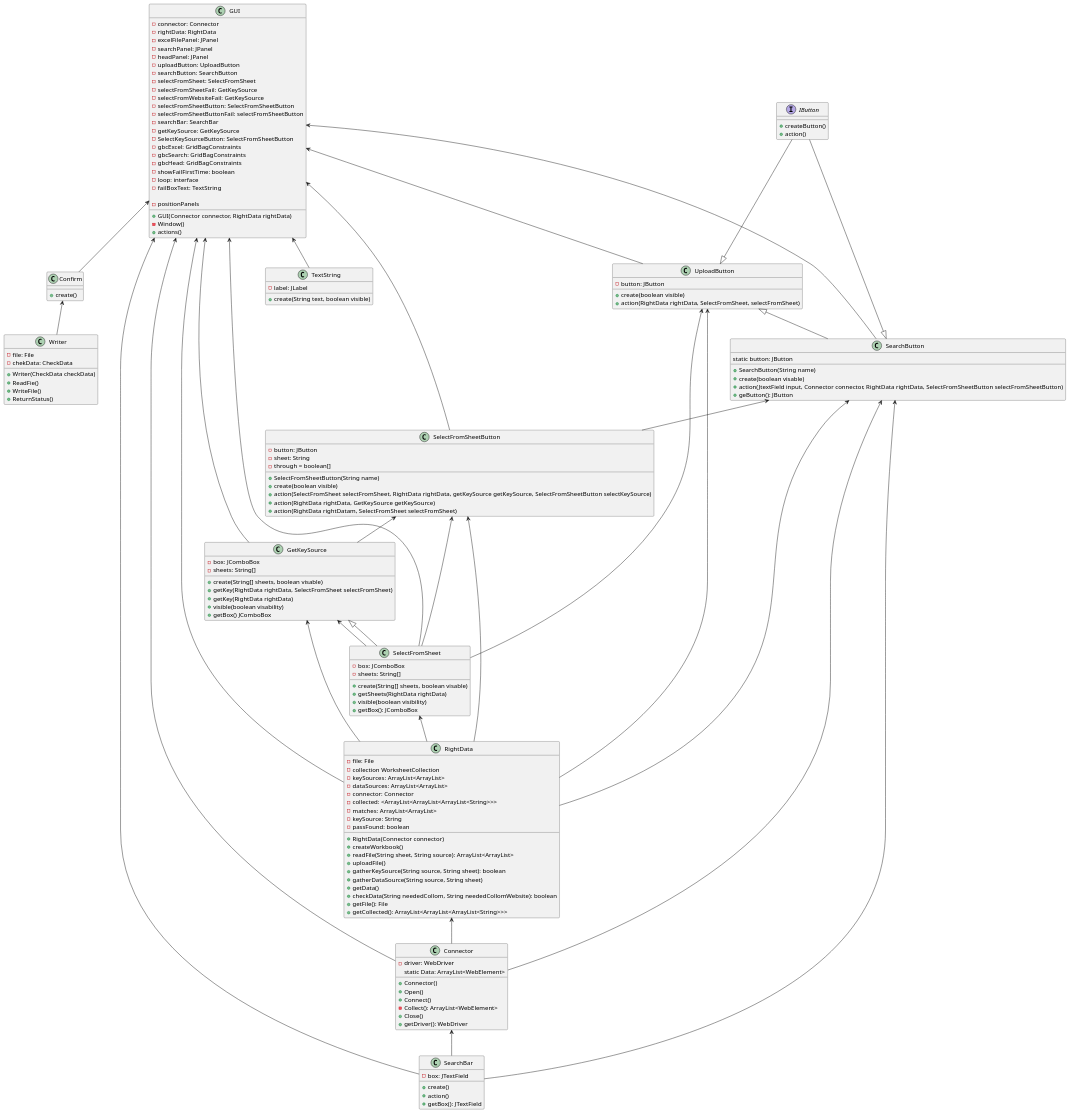
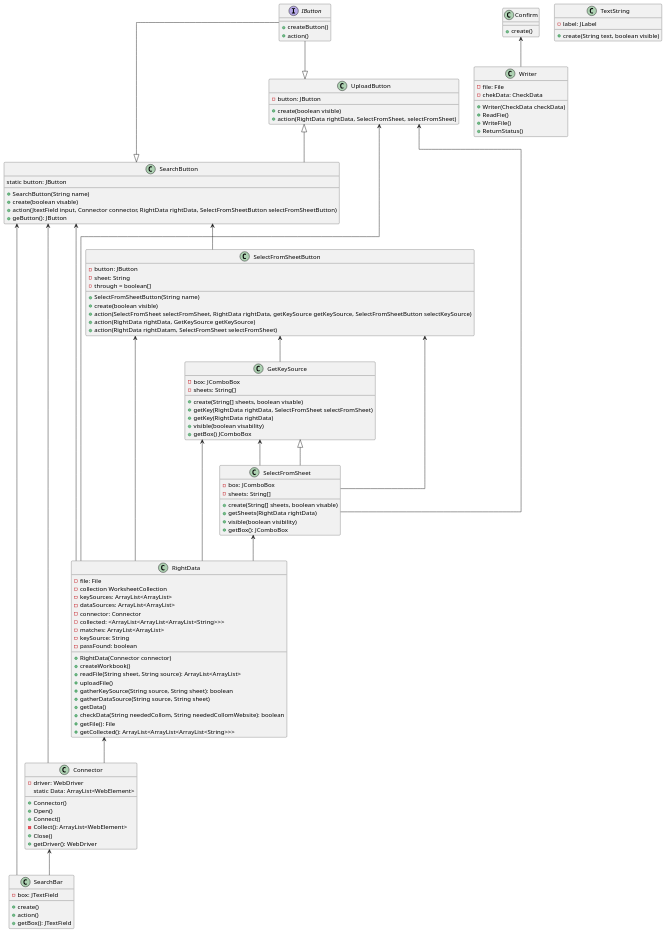
One commit to Jarnovis/De_Staten_Scanner_-Excel_Versie- changed the diagram in UML- en tetxtfiles/UML 2.0.puml. Above: the diagram before and after it, drawn with PlantUML. The commit also changed 14 other files, not shown here.

```diff
--- a/UML- en tetxtfiles/UML 2.0.puml
+++ b/UML- en tetxtfiles/UML 2.0.puml
@@ -1,197 +1,156 @@
 @startuml
 'https://plantuml.com/sequence-diagram
+skinparam linetype ortho
 
 class Connector{
     - driver: WebDriver
     static Data: ArrayList<WebElement>
 
     + Connector()
     + Open()
     + Connect()
     - Collect(): ArrayList<WebElement>
     + Close()
     + getDriver(): WebDriver
 }
 
 class GetKeySource{
     - box: JComboBox
     - sheets: String[]
 
     + create(String[] sheets, boolean visable)
     + getKey(RightData rightData, SelectFromSheet selectFromSheet)
     + getKey(RightData rightData)
     + visible(boolean visability)
     + getBox() JComboBox
 
 }
 
 class Confirm{
     + create()
 }
 
 class Writer{
     - file: File
     - chekData: CheckData
 
     + Writer(CheckData checkData)
     + ReadFie()
     + WriteFile()
     + ReturnStatus()
 }
 
 class RightData{
     - file: File
     - collection WorksheetCollection
     - keySources: ArrayList<ArrayList>
     - dataSources: ArrayList<ArrayList>
     - connector: Connector
     - collected: <ArrayList<ArrayList<ArrayList<String>>>
     - matches: ArrayList<ArrayList>
     - keySource: String
     - passFound: boolean
 
     + RightData(Connector connector)
     + createWorkbook()
     + readFile(String sheet, String source): ArrayList<ArrayList>
     + uploadFile()
     + gatherKeySource(String source, String sheet): boolean
     + gatherDataSource(String source, String sheet)
     + getData()
     + checkData(String neededCollom, String neededCollomWebsite): boolean
     + getFile(): File
     + getCollected(): ArrayList<ArrayList<ArrayList<String>>>
  }
 
-class GUI{
-    - connector: Connector
-    - rightData: RightData
-    - excelFilePanel: JPanel
-    - searchPanel: JPanel
-    - headPanel: JPanel
-    - uploadButton: UploadButton
-    - searchButton: SearchButton
-    - selectFromSheet: SelectFromSheet
-    - selectFromSheetFail: GetKeySource
-    - selectFromWebsiteFail: GetKeySource
-    - selectFromSheetButton: SelectFromSheetButton
-    - selectFromSheetButtonFail: selectFromSheetButton
-    - searchBar: SearchBar
-    - getKeySource: GetKeySource
-    - SelectKeySourceButton: SelectFromSheetButton
-    - gbcExcel: GridBagConstraints
-    - gbcSearch: GridBagConstraints
-    - gbcHead: GridBagConstraints
-    - showFailFirstTime: boolean
-    - loop: interface
-    - failBoxText: TextString
-
-    + GUI(Connector connector, RightData rightData)
-    - Window()
-    - positionPanels
-    + actions()
-
-}
-
 class SearchBar{
     - box: JTextField
     + create()
     + action()
     + getBox(): JTextField
 
 }
 
 class SearchButton{
     static button: JButton
     + SearchButton(String name)
     + create(boolean visable)
     + action(JtextField input, Connector connector, RightData rightData, SelectFromSheetButton selectFromSheetButton)
     + geButton(): JButton
 }
 
 class SelectFromSheet{
     - box: JComboBox
     - sheets: String[]
 
     + create(String[] sheets, boolean visable)
     + getSheets(RightData rightData)
     + visible(boolean visibility)
     + getBox(): JComboBox
 }
 
 class SelectFromSheetButton{
     - button: JButton
     - sheet: String
     - through = boolean[]
 
     + SelectFromSheetButton(String name)
     + create(boolean visible)
     + action(SelectFromSheet selectFromSheet, RightData rightData, getKeySource getKeySource, SelectFromSheetButton selectKeySource)
     + action(RightData rightData, GetKeySource getKeySource)
     + action(RightData rightDatam, SelectFromSheet selectFromSheet)
 }
 
 class TextString{
     - label: JLabel
 
     + create(String text, boolean visible)
 }
 
 class UploadButton{
     - button: JButton
 
     + create(boolean visible)
     + action(RightData rightData, SelectFromSheet, selectFromSheet)
 }
 
 interface IButton{
     + createButton()
     + action()
 }
 
 Connector <-- SearchBar
 
 GetKeySource <-- RightData
 GetKeySource <-- SelectFromSheet
 
-GUI <-- Connector
-GUI <-- RightData
-GUI <-- UploadButton
-GUI <-- SearchButton
-GUI <-- SelectFromSheet
-GUI <-- GetKeySource
-GUI <-- SelectFromSheetButton
-GUI <-- SearchBar
-GUI <-- TextString
-GUI <-- Confirm
-
 RightData <-- Connector
 
 SearchButton <-- SearchBar
 SearchButton <-- Connector
 SearchButton <-- RightData
 SearchButton <-- SelectFromSheetButton
 
 SelectFromSheet <-- RightData
 
 SelectFromSheetButton <-- SelectFromSheet
 SelectFromSheetButton <-- RightData
 SelectFromSheetButton <-- GetKeySource
 
 UploadButton <-- RightData
 UploadButton <-- SelectFromSheet
 UploadButton <|-- SearchButton
 
 IButton --|> UploadButton
 IButton --|> SearchButton
-
 Confirm <-- Writer
 
 SelectFromSheet --|> GetKeySource
 
 
 
 
 
 
 
 @enduml
```
